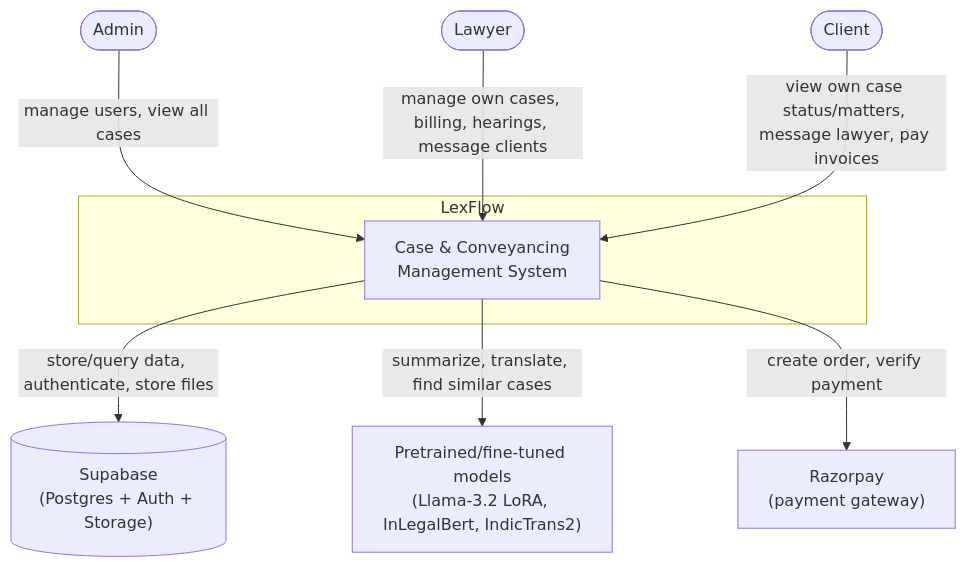
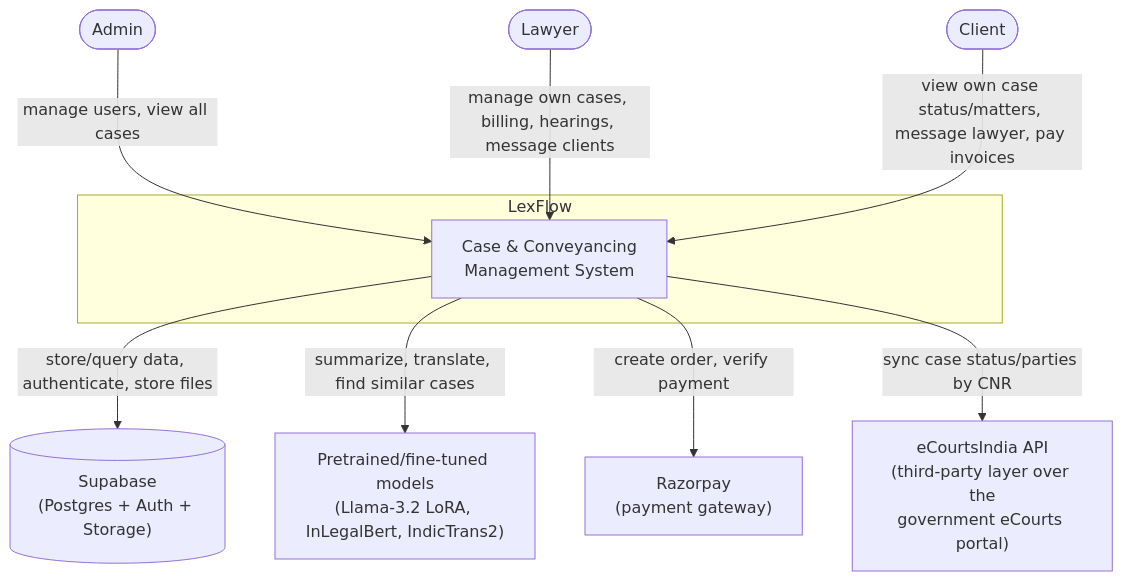
The first of 5 diagrams in docs/HLD.md (eyeofshreyas/BE-Project), drawn with Mermaid before and after one commit. The commit also changed other lines of this file and 1 other file, not shown here.

First line of the commit message:
Add eCourts sync to HLD/LLD — it was undocumented since it landed

````diff
--- a/docs/HLD.md
+++ b/docs/HLD.md
@@ -9,21 +9,23 @@
 ```mermaid
 graph TD
     Admin(["Admin"])
     Lawyer(["Lawyer"])
     Client(["Client"])
 
     subgraph LexFlow["LexFlow"]
         System["Case & Conveyancing\nManagement System"]
     end
 
     Supabase[("Supabase\n(Postgres + Auth + Storage)")]
     HF["Pretrained/fine-tuned models\n(Llama-3.2 LoRA, InLegalBert, IndicTrans2)"]
     Razorpay["Razorpay\n(payment gateway)"]
+    ECourts["eCourtsIndia API\n(third-party layer over the\ngovernment eCourts portal)"]
 
     Admin -->|manage users, view all cases| System
     Lawyer -->|manage own cases, billing, hearings, message clients| System
     Client -->|view own case status/matters, message lawyer, pay invoices| System
     System -->|store/query data, authenticate, store files| Supabase
     System -->|summarize, translate, find similar cases| HF
     System -->|create order, verify payment| Razorpay
+    System -->|sync case status/parties by CNR| ECourts
 ```
````
